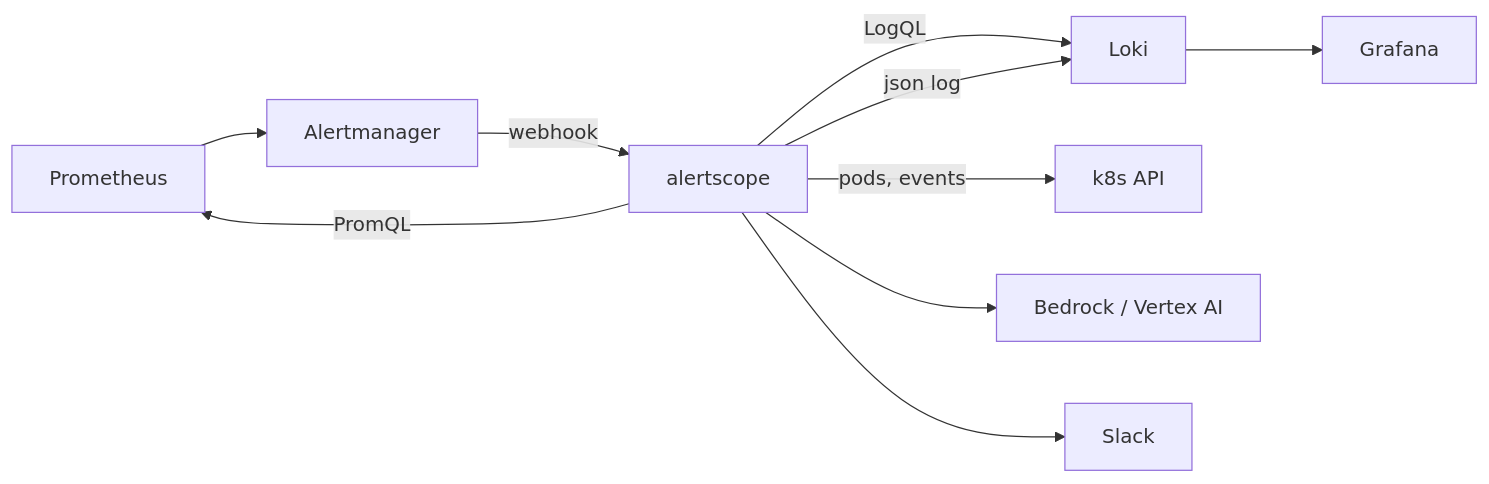
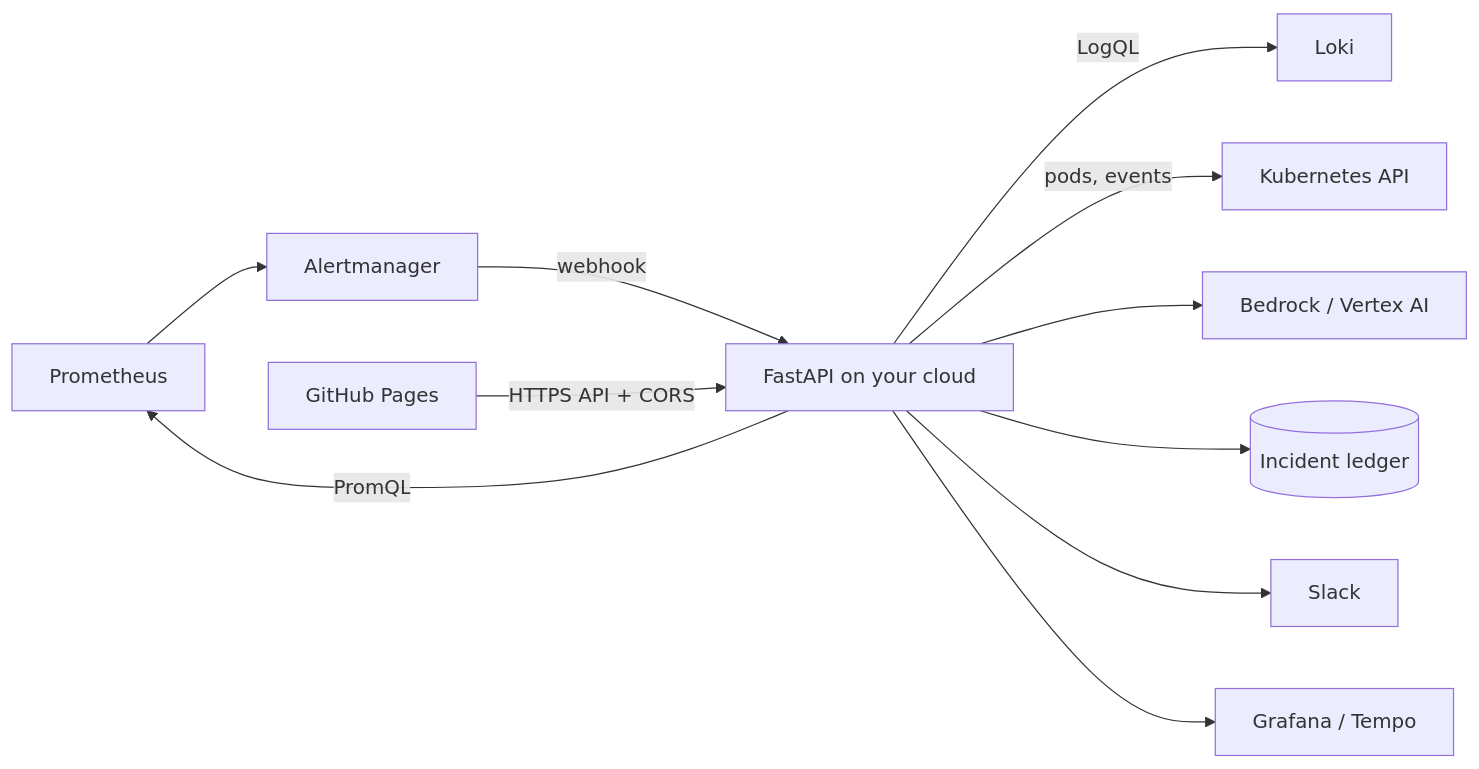
The diagram in README.md (sunkaradp/alertscope), drawn with Mermaid before and after one commit. The commit also changed other lines of this file and 26 other files, not shown here.

````diff
--- a/README.md
+++ b/README.md
@@ -12,12 +35,13 @@
 ```mermaid
 flowchart LR
     P[Prometheus] --> AM[Alertmanager]
-    AM -->|webhook| AS[alertscope]
+    AM -->|webhook| AS[FastAPI on your cloud]
     AS -->|PromQL| P
     AS -->|LogQL| L[Loki]
-    AS -->|pods, events| K[k8s API]
+    AS -->|pods, events| K[Kubernetes API]
     AS --> LLM[Bedrock / Vertex AI]
+    AS --> DB[(Incident ledger)]
     AS --> S[Slack]
-    AS -->|json log| L
-    L --> G[Grafana]
+    GH[GitHub Pages] -->|HTTPS API + CORS| AS
+    AS --> G[Grafana / Tempo]
 ```
````
